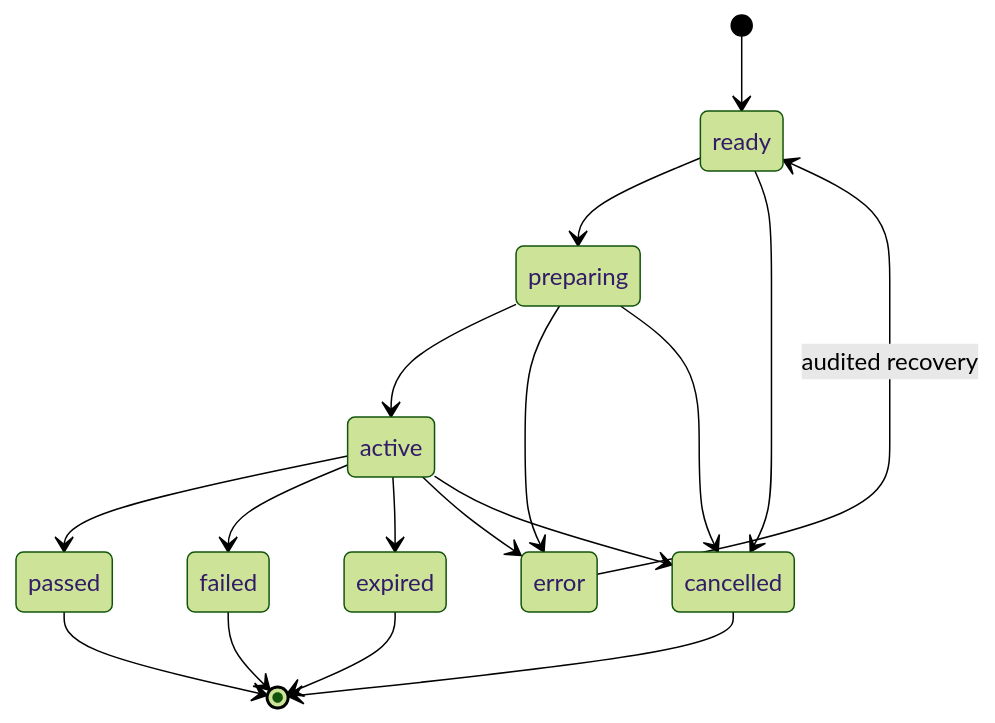
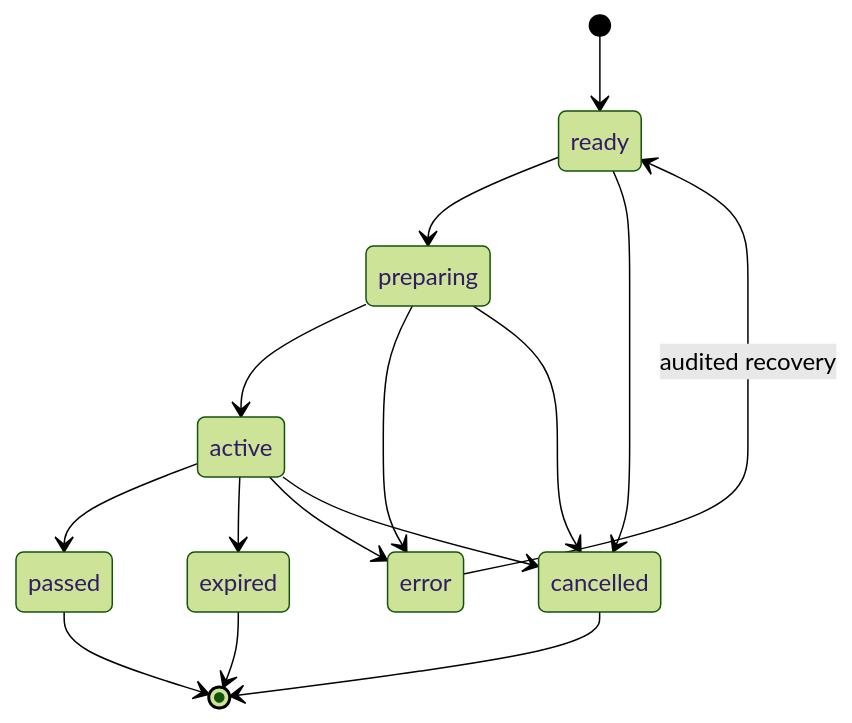
The fifth of 7 diagrams in docs/ARCHITECTURE.md (JO-IK1/CppDefense), drawn with Mermaid (forest theme) before and after one commit. The commit also changed other lines of this file and 63 other files, not shown here.

````diff
--- a/docs/ARCHITECTURE.md
+++ b/docs/ARCHITECTURE.md
@@ -185,19 +186,17 @@
 ```mermaid
 stateDiagram-v2
   [*] --> ready
   ready --> preparing
   preparing --> active
   preparing --> error
   active --> passed
-  active --> failed
   active --> expired
   active --> error
   ready --> cancelled
   preparing --> cancelled
   active --> cancelled
   error --> ready: audited recovery
   passed --> [*]
-  failed --> [*]
   expired --> [*]
   cancelled --> [*]
 ```
````
